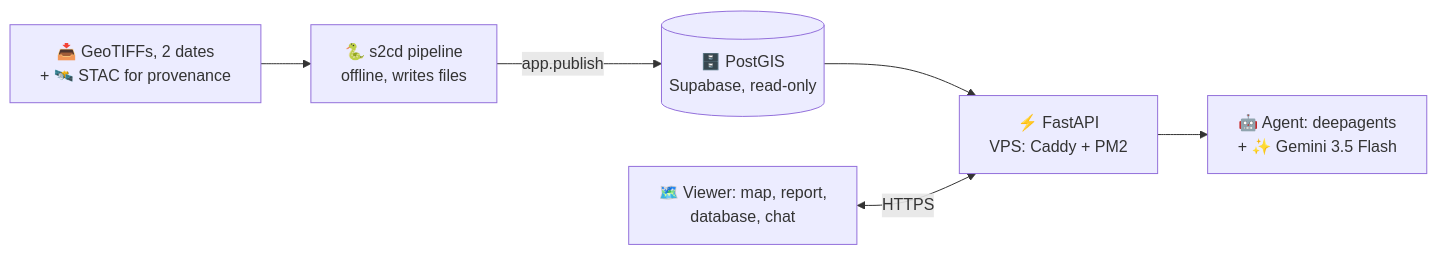
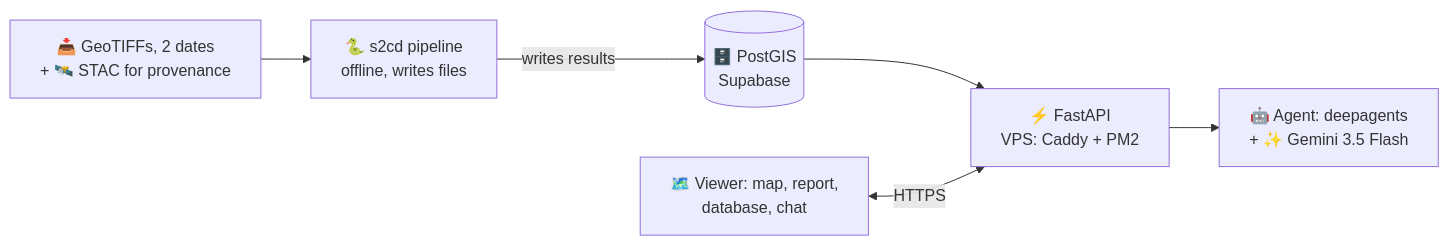
Before and after one commit to dzakybd/s2change: the first of 3 diagrams in docs/web/report/report.md, drawn with Mermaid. The commit also changed other lines of this file and 51 other files, not shown here.

First line of the commit message:
Drop SpatiaLite: the pipeline writes straight to PostGIS

````diff
--- a/docs/web/report/report.md
+++ b/docs/web/report/report.md
@@ -447,8 +461,8 @@
 ```mermaid
 flowchart LR
   T["📥 GeoTIFFs, 2 dates<br/>+ 🛰️ STAC for provenance"] --> P["🐍 s2cd pipeline<br/>offline, writes files"]
-  P -->|app.publish| DB[("🗄️ PostGIS<br/>Supabase, read-only")]
+  P -->|writes results| DB[("🗄️ PostGIS<br/>Supabase")]
   DB --> A["⚡ FastAPI<br/>VPS: Caddy + PM2"]
   A --> G["🤖 Agent: deepagents<br/>+ ✨ Gemini 3.5 Flash"]
   B["🗺️ Viewer: map, report,<br/>database, chat"] <-->|HTTPS| A
 ```
````
